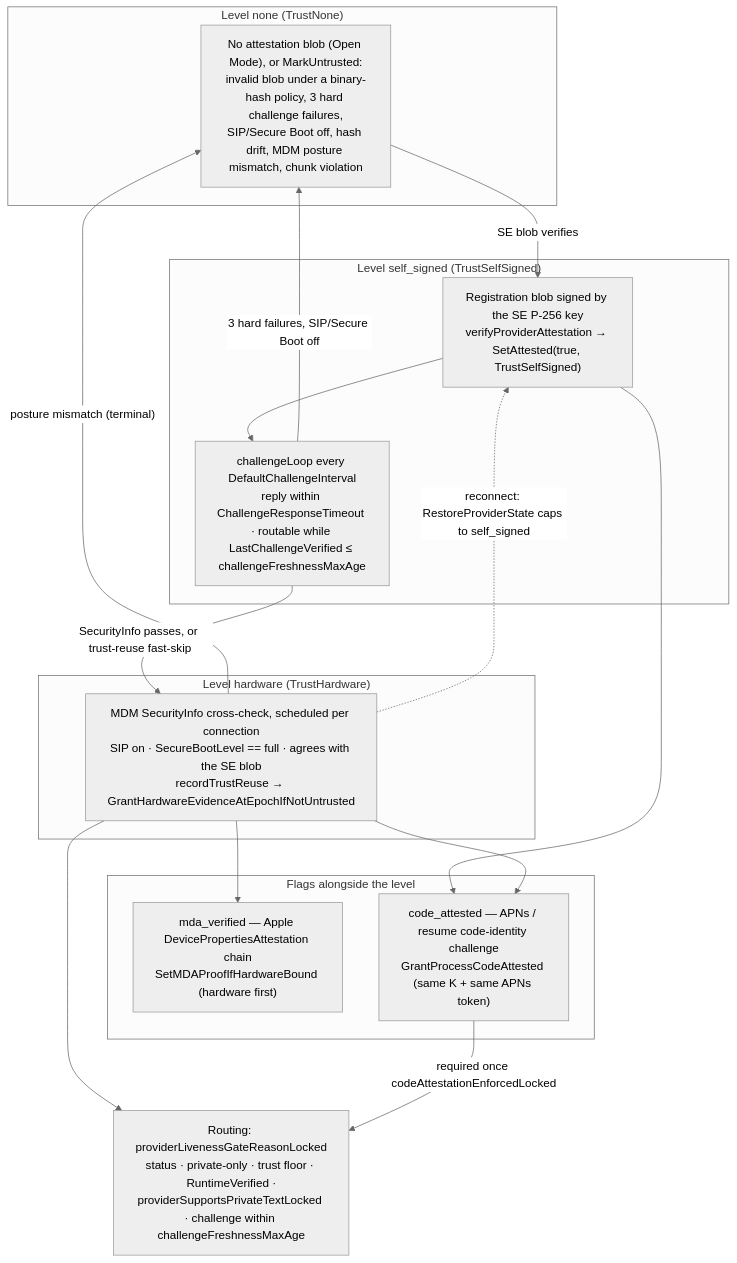
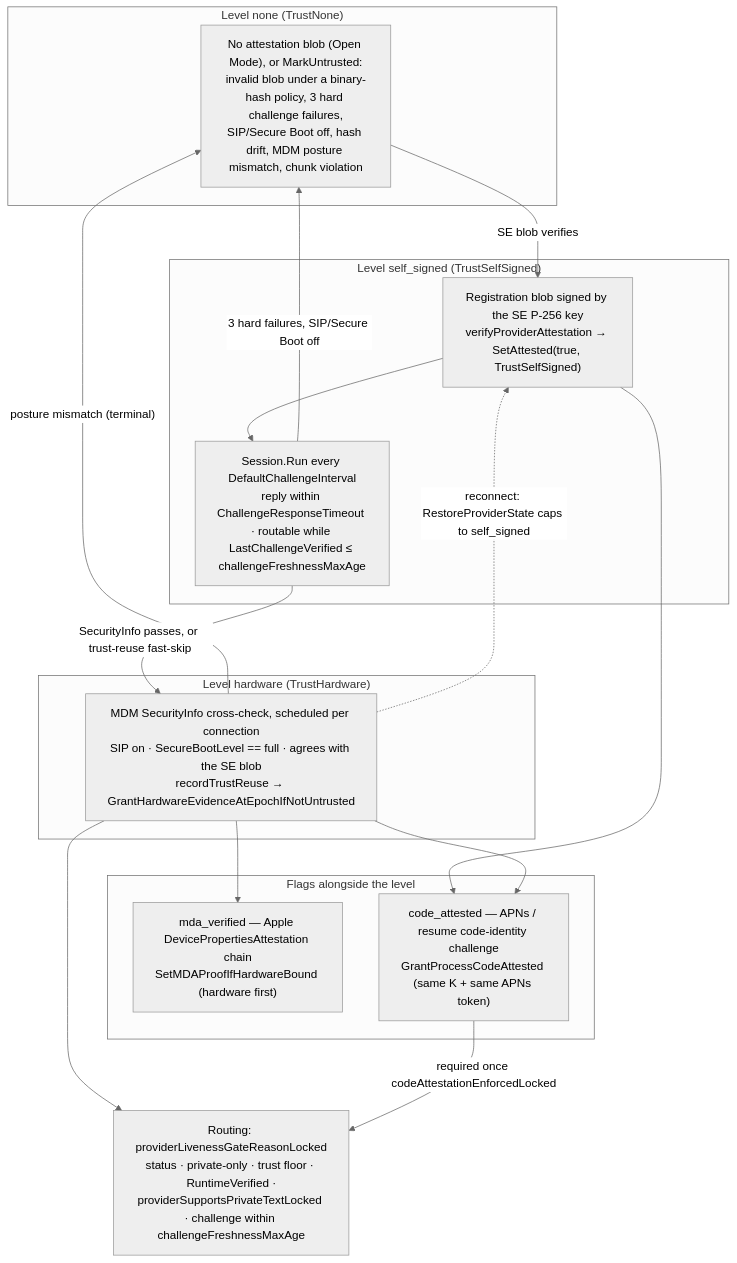
The diagram in docs/architecture/security/attestation.md (Layr-Labs/d-inference), drawn with Mermaid (neutral theme) before and after one commit. The commit also changed other lines of this file and 14 other files, not shown here.

````diff
--- a/docs/architecture/security/attestation.md
+++ b/docs/architecture/security/attestation.md
@@ -23,29 +23,29 @@
 ```mermaid
 flowchart TB
     subgraph L0["Level none (TrustNone)"]
         A0["No attestation blob (Open Mode), or MarkUntrusted:<br/>invalid blob under a binary-hash policy, 3 hard challenge failures,<br/>SIP/Secure Boot off, hash drift, MDM posture mismatch, chunk violation"]
     end
     subgraph L1["Level self_signed (TrustSelfSigned)"]
         A1["Registration blob signed by the SE P-256 key<br/>verifyProviderAttestation → SetAttested(true, TrustSelfSigned)"]
-        A2["challengeLoop every DefaultChallengeInterval<br/>reply within ChallengeResponseTimeout · routable while LastChallengeVerified ≤ challengeFreshnessMaxAge"]
+        A2["Session.Run every DefaultChallengeInterval<br/>reply within ChallengeResponseTimeout · routable while LastChallengeVerified ≤ challengeFreshnessMaxAge"]
     end
     subgraph L2["Level hardware (TrustHardware)"]
         A3["MDM SecurityInfo cross-check, scheduled per connection<br/>SIP on · SecureBootLevel == full · agrees with the SE blob<br/>recordTrustReuse → GrantHardwareEvidenceAtEpochIfNotUntrusted"]
     end
     subgraph F["Flags alongside the level"]
         B1["mda_verified — Apple DevicePropertiesAttestation chain<br/>SetMDAProofIfHardwareBound (hardware first)"]
         B2["code_attested — APNs / resume code-identity challenge<br/>GrantProcessCodeAttested (same K + same APNs token)"]
     end
     A0 -->|"SE blob verifies"| A1
     A1 --> A2
     A2 -->|"SecurityInfo passes, or trust-reuse fast-skip"| A3
     A3 --> B1
     A1 --> B2
     A3 --> B2
     A2 -->|"3 hard failures, SIP/Secure Boot off"| A0
     A3 -->|"posture mismatch (terminal)"| A0
     A3 -.->|"reconnect: RestoreProviderState caps to self_signed"| A1
     G["Routing: providerLivenessGateReasonLocked<br/>status · private-only · trust floor · RuntimeVerified ·<br/>providerSupportsPrivateTextLocked · challenge within challengeFreshnessMaxAge"]
     A3 --> G
     B2 -->|"required once codeAttestationEnforcedLocked"| G
 ```
````
